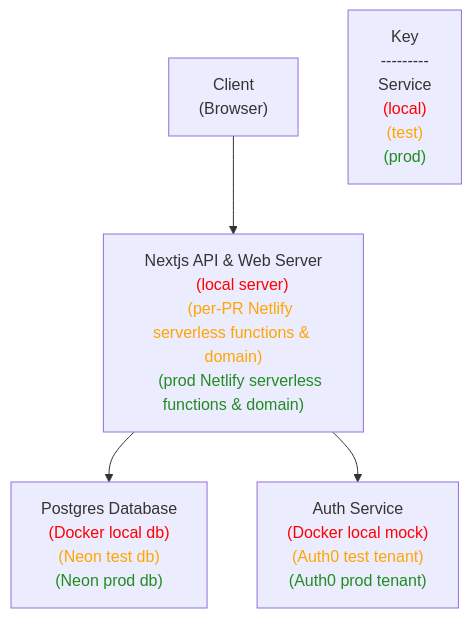
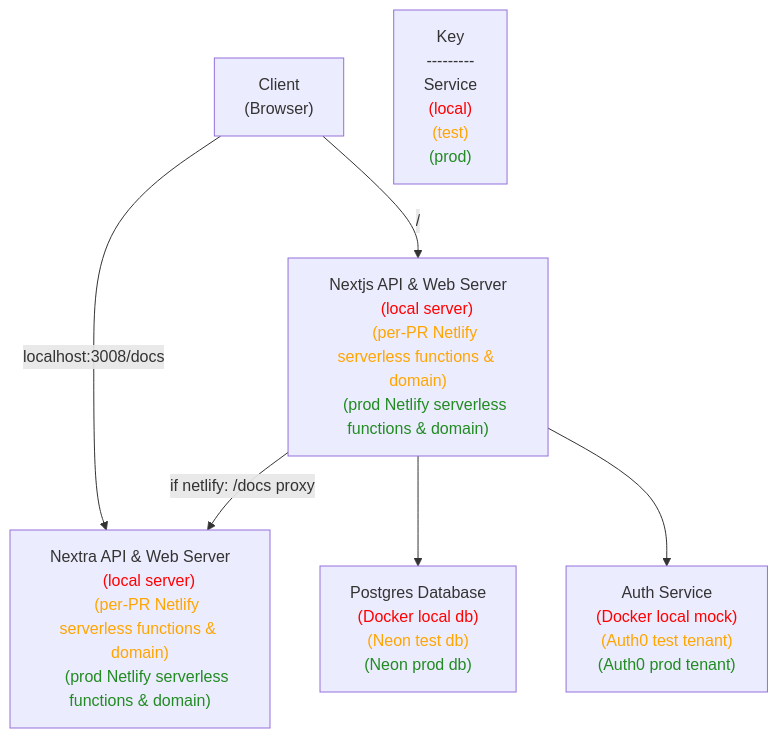
The diagram in design-docs/architecture-by-env.md (amelioro/ameliorate), drawn with Mermaid before and after one commit.

Commit message:
docs(architecture): add docs site

````diff
--- a/design-docs/architecture-by-env.md
+++ b/design-docs/architecture-by-env.md
@@ -5,37 +5,45 @@
 ```mermaid
 flowchart TD
-  Client --> Server
+  Client -- / --> Server
+  Client -- localhost:3008/docs --> DocsServer
+  Server -- if netlify: /docs proxy --> DocsServer
   Server --> Database
   Server --> Auth
 
   Client["
     Client
     (Browser)
   "]
   Server["
     Nextjs API & Web Server
+    <font color=red>(local server)</font>
+    <font color=orange>(per-PR Netlify serverless functions & domain)</font>
+    <font color=forestgreen>(prod Netlify serverless functions & domain)</font>
+  "]
+  DocsServer["
+    Nextra API & Web Server
     <font color=red>(local server)</font>
     <font color=orange>(per-PR Netlify serverless functions & domain)</font>
     <font color=forestgreen>(prod Netlify serverless functions & domain)</font>
   "]
   Database["
     Postgres Database
     <font color=red>(Docker local db)</font>
     <font color=orange>(Neon test db)</font>
     <font color=forestgreen>(Neon prod db)</font>
   "]
   Auth["
     Auth Service
     <font color=red>(Docker local mock)</font>
     <font color=orange>(Auth0 test tenant)</font>
     <font color=forestgreen>(Auth0 prod tenant)</font>
   "]
   Key["
     Key
     ---------
     Service
     <font color=red>(local)</font>
     <font color=orange>(test)</font>
     <font color=forestgreen>(prod)</font>
   "]
 ```
````
